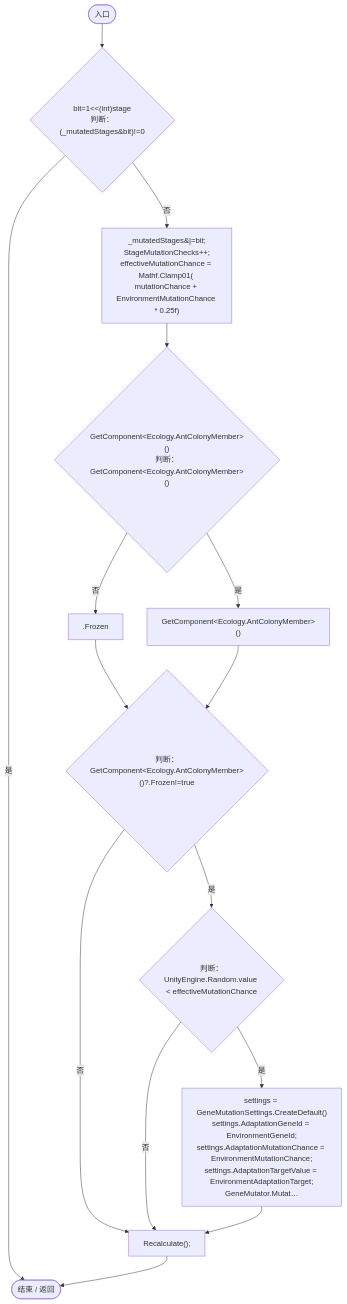
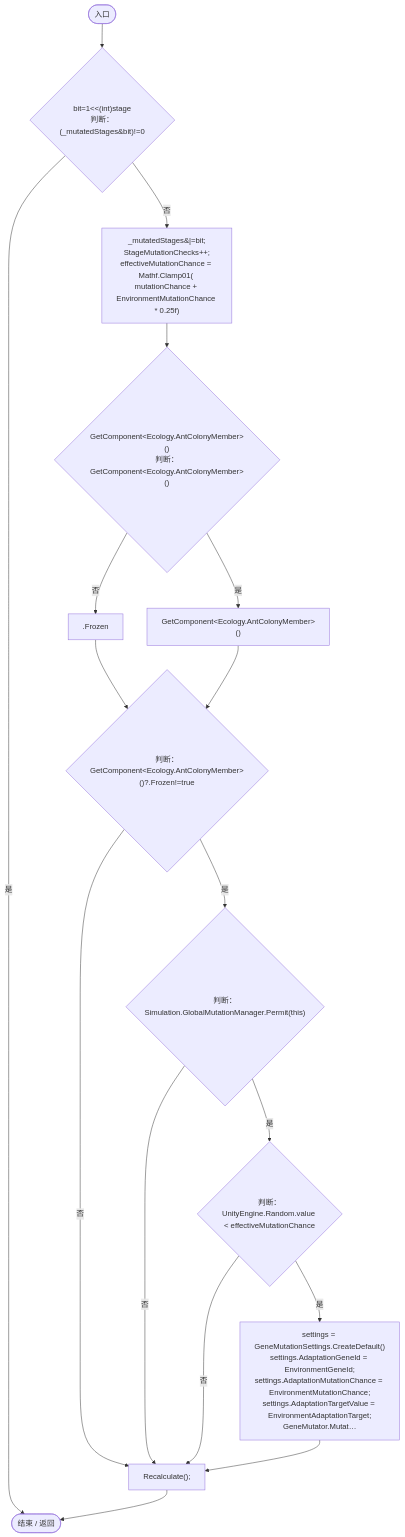
Diagram 25 of 25 in Docs/运行流程图/脚本/7494d53178552f0e.md (xhs6666/Darwin_paradise), drawn with Mermaid before and after one commit. The commit also changed other lines of this file and 227 other files, not shown here.

````diff
--- a/Docs/运行流程图/脚本/7494d53178552f0e.md
+++ b/Docs/运行流程图/脚本/7494d53178552f0e.md
@@ -916,29 +923,32 @@
 ```mermaid
 flowchart TD
   b0(["入口"])
   b1{"bit=1&lt;&lt;(int)stage<br/>判断：(_mutatedStages&amp;bit)!=0"}
   b2["_mutatedStages&#124;=bit;<br/>StageMutationChecks++;<br/>effectiveMutationChance = Mathf.Clamp01( mutationChance + EnvironmentMutationChance * 0.25f)"]
   b3{"GetComponent&lt;Ecology.AntColonyMember&gt;()<br/>判断：GetComponent&lt;Ecology.AntColonyMember&gt;()"}
   b4[".Frozen"]
   b5["GetComponent&lt;Ecology.AntColonyMember&gt;()"]
   b6{"判断：GetComponent&lt;Ecology.AntColonyMember&gt;()?.Frozen!=true"}
-  b7{"判断：UnityEngine.Random.value &lt; effectiveMutationChance"}
-  b8["settings = GeneMutationSettings.CreateDefault()<br/>settings.AdaptationGeneId = EnvironmentGeneId;<br/>settings.AdaptationMutationChance = EnvironmentMutationChance;<br/>settings.AdaptationTargetValue = EnvironmentAdaptationTarget;<br/>GeneMutator.Mutat…"]
-  b9["Recalculate();"]
-  b10(["结束 / 返回"])
+  b7{"判断：Simulation.GlobalMutationManager.Permit(this)"}
+  b8{"判断：UnityEngine.Random.value &lt; effectiveMutationChance"}
+  b9["settings = GeneMutationSettings.CreateDefault()<br/>settings.AdaptationGeneId = EnvironmentGeneId;<br/>settings.AdaptationMutationChance = EnvironmentMutationChance;<br/>settings.AdaptationTargetValue = EnvironmentAdaptationTarget;<br/>GeneMutator.Mutat…"]
+  b10["Recalculate();"]
+  b11(["结束 / 返回"])
   b0 --> b1
-  b1 -->|"是"| b10
+  b1 -->|"是"| b11
   b1 -->|"否"| b2
   b2 --> b3
   b3 -->|"否"| b4
   b3 -->|"是"| b5
   b4 --> b6
   b5 --> b6
   b6 -->|"是"| b7
-  b6 -->|"否"| b9
+  b6 -->|"否"| b10
   b7 -->|"是"| b8
-  b7 -->|"否"| b9
-  b8 --> b9
+  b7 -->|"否"| b10
+  b8 -->|"是"| b9
+  b8 -->|"否"| b10
   b9 --> b10
+  b10 --> b11
 
 ```
````
